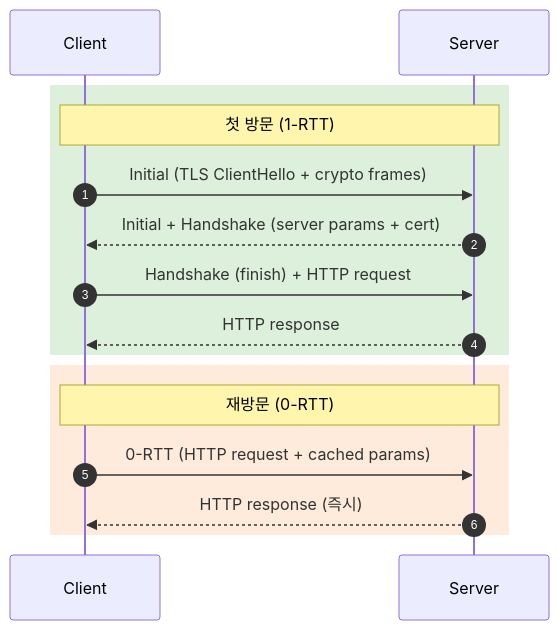
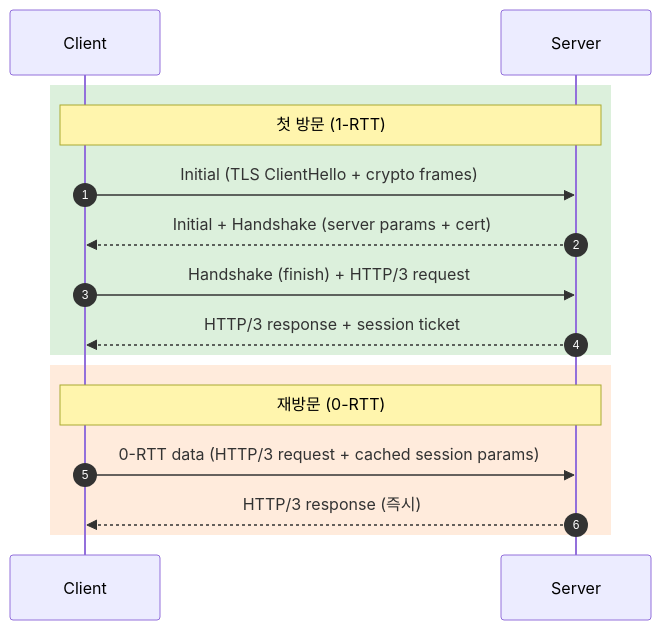
One commit to shinkeonkim/shinkeonkim.github.io changed the second of 5 diagrams in src/content/wiki/network/http-3.mdx. Above: the diagram before and after it, drawn with Mermaid. The commit also changed other lines of this file and 526 other files, not shown here.

First line of the commit message:
content(wiki): 전수조사 및 대규모 보강 (짧은 파일 0, mermaid +645)

````diff
--- a/src/content/wiki/network/http-3.mdx
+++ b/src/content/wiki/network/http-3.mdx
@@ -46,20 +53,20 @@
 ```mermaid
 sequenceDiagram
     autonumber
     participant C as Client
     participant S as Server
 
     rect rgb(220,240,220)
     Note over C,S: 첫 방문 (1-RTT)
     C->>S: Initial (TLS ClientHello + crypto frames)
     S-->>C: Initial + Handshake (server params + cert)
-    C->>S: Handshake (finish) + HTTP request
-    S-->>C: HTTP response
+    C->>S: Handshake (finish) + HTTP/3 request
+    S-->>C: HTTP/3 response + session ticket
     end
 
     rect rgb(255,235,220)
     Note over C,S: 재방문 (0-RTT)
-    C->>S: 0-RTT (HTTP request + cached params)
-    S-->>C: HTTP response (즉시)
+    C->>S: 0-RTT data (HTTP/3 request + cached session params)
+    S-->>C: HTTP/3 response (즉시)
     end
 ```
````
